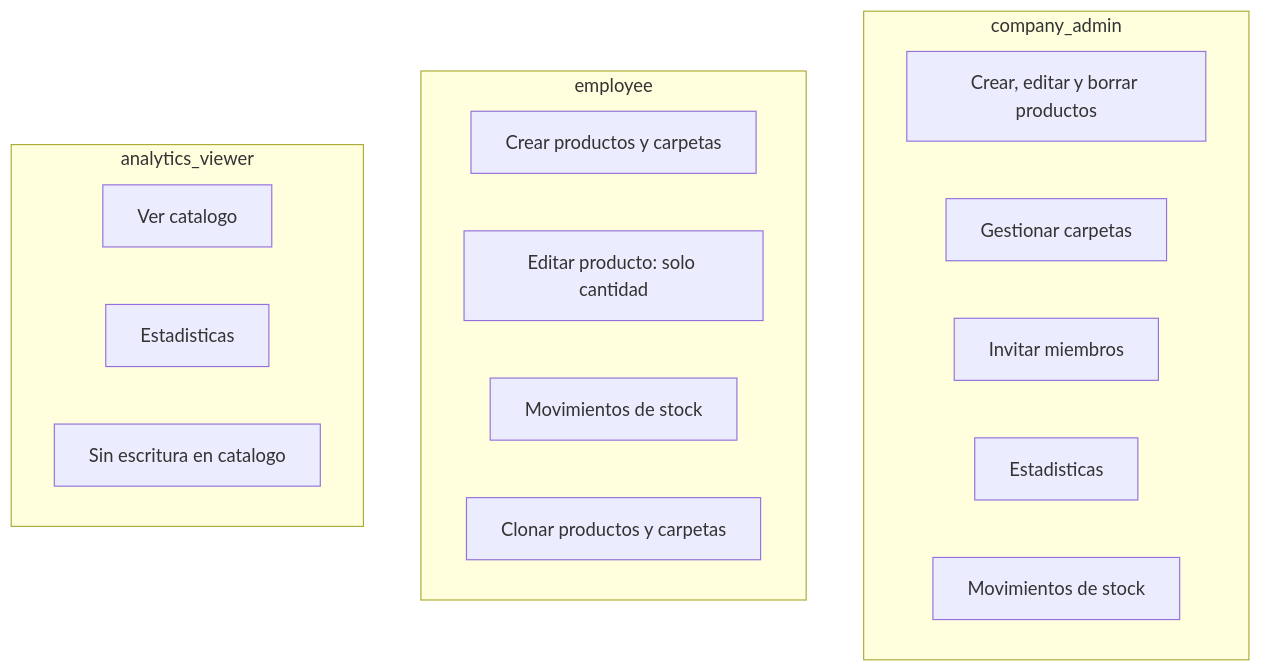
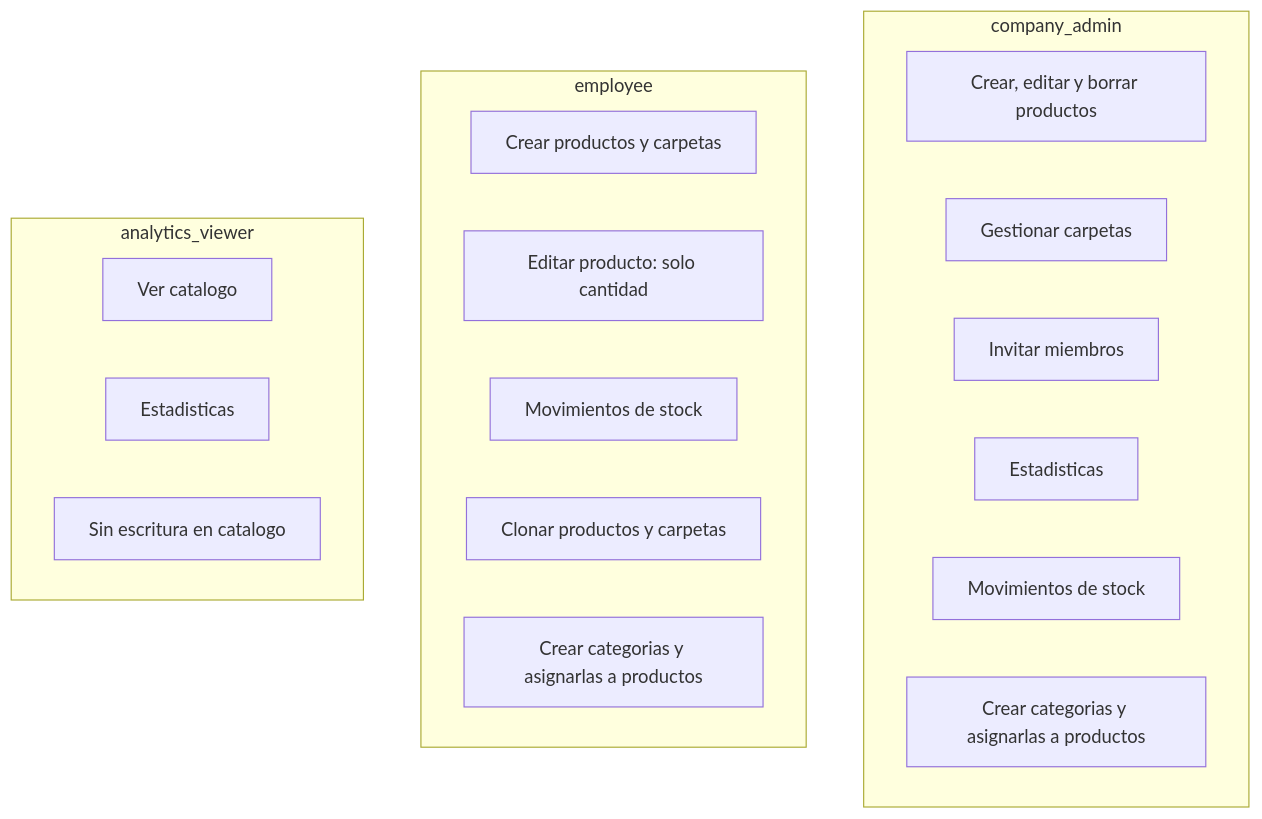
One commit to Cheng17415/StoRy changed the second of 9 diagrams in documentacion/StoRy-guia-tecnica.md. Above: the diagram before and after it, drawn with Mermaid. The commit also changed other lines of this file and 36 other files, not shown here.

````diff
--- a/documentacion/StoRy-guia-tecnica.md
+++ b/documentacion/StoRy-guia-tecnica.md
@@ -191,23 +180,25 @@
 ```mermaid
 flowchart TB
     subgraph admin["company_admin"]
         A1["Crear, editar y borrar productos"]
         A2["Gestionar carpetas"]
         A3["Invitar miembros"]
         A4["Estadisticas"]
         A5["Movimientos de stock"]
+        A6["Crear categorias y asignarlas a productos"]
     end
 
     subgraph emp["employee"]
         E1["Crear productos y carpetas"]
         E2["Editar producto: solo cantidad"]
         E3["Movimientos de stock"]
         E4["Clonar productos y carpetas"]
+        E5["Crear categorias y asignarlas a productos"]
     end
 
     subgraph ana["analytics_viewer"]
         V1["Ver catalogo"]
         V2["Estadisticas"]
         V3["Sin escritura en catalogo"]
     end
 ```
````
